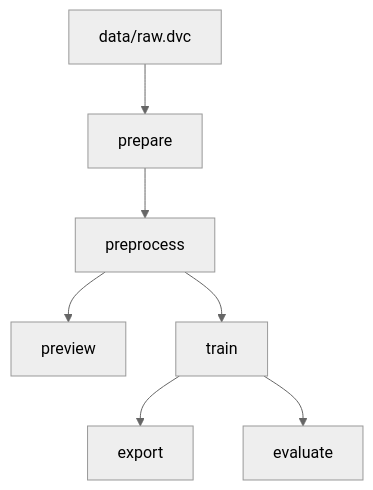
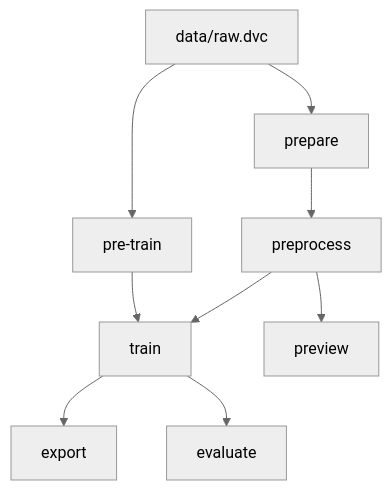
The diagram in docs/concepts.md (heigvd-software-engineering/swissimage-vision), drawn with Mermaid before and after one commit. The commit also changed other lines of this file and 25 other files, not shown here.

````diff
--- a/docs/concepts.md
+++ b/docs/concepts.md
@@ -108,10 +109,12 @@
 ```mermaid
 %%{ init : { "theme" : "neutral" }}%%
 flowchart TD
   data/raw.dvc --> prepare
+  data/raw.dvc --> pre-train
+  pre-train --> train
   prepare --> preprocess
   preprocess --> preview
   preprocess --> train
   train --> export
   train --> evaluate
 ```
````
